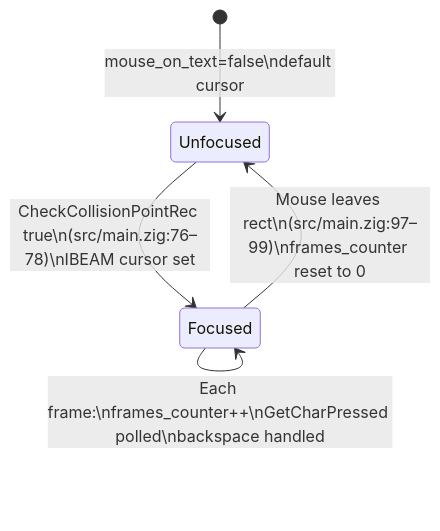
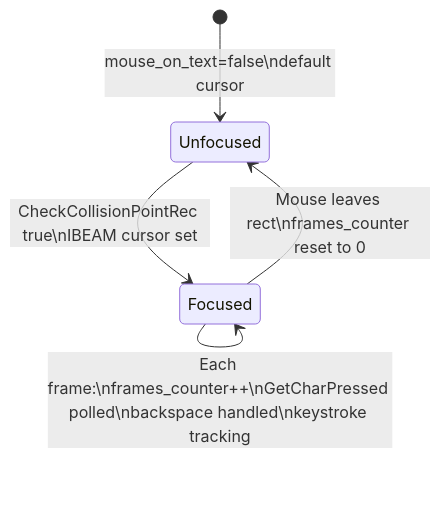
The tenth of 10 diagrams in specs/specifications/features.md (bfernandez31/death-note), drawn with Mermaid before and after one commit. The commit also changed other lines of this file and 8 other files, not shown here.

````diff
--- a/specs/specifications/features.md
+++ b/specs/specifications/features.md
@@ -421,7 +671,7 @@
 ```mermaid
 stateDiagram-v2
     [*] --> Unfocused : mouse_on_text=false\ndefault cursor
-    Unfocused --> Focused : CheckCollisionPointRec true\n(src/main.zig:76–78)\nIBEAM cursor set
-    Focused --> Unfocused : Mouse leaves rect\n(src/main.zig:97–99)\nframes_counter reset to 0
-    Focused --> Focused : Each frame:\nframes_counter++\nGetCharPressed polled\nbackspace handled
+    Unfocused --> Focused : CheckCollisionPointRec true\nIBEAM cursor set
+    Focused --> Unfocused : Mouse leaves rect\nframes_counter reset to 0
+    Focused --> Focused : Each frame:\nframes_counter++\nGetCharPressed polled\nbackspace handled\nkeystroke tracking
 ```
````
